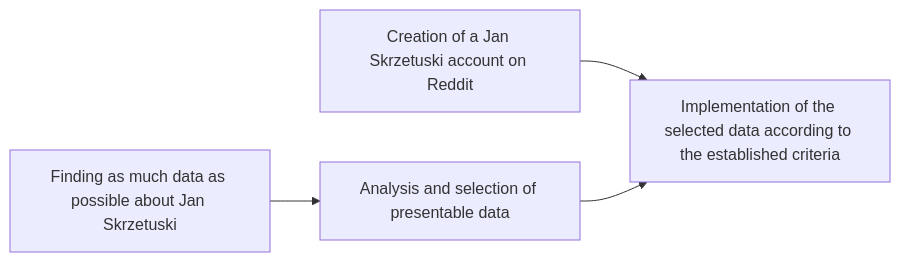
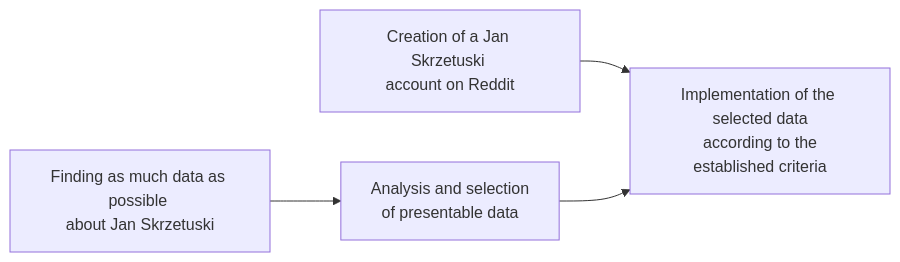
Before and after one commit to n-kodem/Jan-Skrzetuski_Twitter: the diagram in README.md, drawn with Mermaid.

Commit message:
readme update

````diff
--- a/README.md
+++ b/README.md
@@ -25,6 +25,6 @@
 ```mermaid
 graph LR
-    A1[Finding as much data as possible about Jan Skrzetuski] --> B[Analysis and selection of presentable data]
-    A2[Creation of a Jan Skrzetuski account on Reddit] --> C[Implementation of the selected data according to the established criteria]
+    A1[Finding as much data as possible <br>about Jan Skrzetuski] --> B[Analysis and selection <br>of presentable data]
+    A2[Creation of a Jan Skrzetuski <br>account on Reddit] --> C[Implementation of the selected data<br> according to the established criteria]
     B --> C
 ```
````
